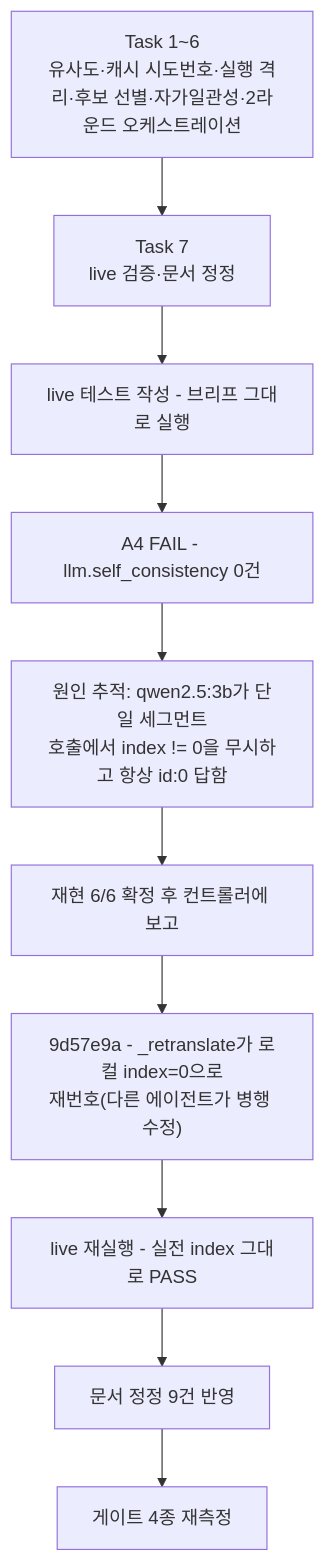
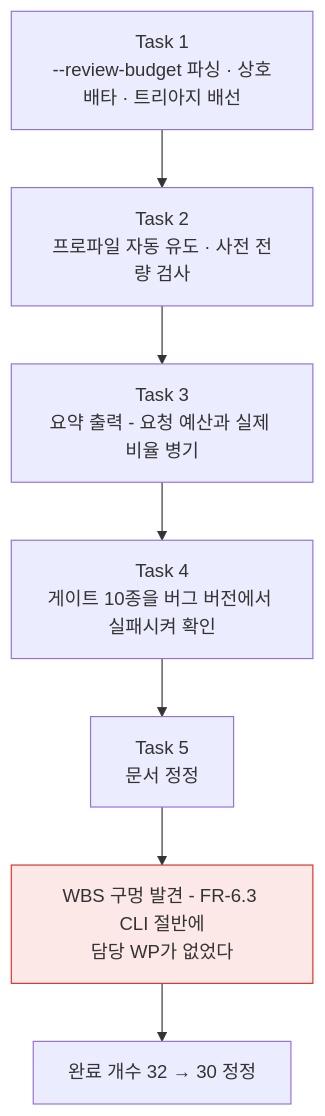
One commit to withwooyong/cuesift changed the diagram in HANDOFF.md. Above: the diagram before and after it, drawn with Mermaid. The commit also changed other lines of this file and 11 other files, not shown here.

First line of the commit message:
기능: FR-6.3 트리아지 CLI 배선 — translate 에 검수 큐 선별을 붙인다 (#8)

````diff
--- a/HANDOFF.md
+++ b/HANDOFF.md
@@ -28,12 +26,10 @@
 ```mermaid
 flowchart TD
-    A["Task 1~6<br/>유사도·캐시 시도번호·실행 격리·후보 선별·자가일관성·2라운드 오케스트레이션"] --> B["Task 7<br/>live 검증·문서 정정"]
-    B --> C["live 테스트 작성 - 브리프 그대로 실행"]
-    C --> D["A4 FAIL - llm.self_consistency 0건"]
-    D --> E["원인 추적: qwen2.5:3b가 단일 세그먼트<br/>호출에서 index != 0을 무시하고 항상 id:0 답함"]
-    E --> F["재현 6/6 확정 후 컨트롤러에 보고"]
-    F --> G["9d57e9a - _retranslate가 로컬 index=0으로<br/>재번호(다른 에이전트가 병행 수정)"]
-    G --> H["live 재실행 - 실전 index 그대로 PASS"]
-    H --> I["문서 정정 9건 반영"]
-    I --> J["게이트 4종 재측정"]
+    A["Task 1<br/>--review-budget 파싱 · 상호배타 · 트리아지 배선"] --> B["Task 2<br/>프로파일 자동 유도 · 사전 전량 검사"]
+    B --> C["Task 3<br/>요약 출력 - 요청 예산과 실제 비율 병기"]
+    C --> D["Task 4<br/>게이트 10종을 버그 버전에서 실패시켜 확인"]
+    D --> E["Task 5<br/>문서 정정"]
+    E --> F["WBS 구멍 발견 - FR-6.3 CLI 절반에<br/>담당 WP가 없었다"]
+    F --> G["완료 개수 32 → 30 정정"]
+    style F fill:#fce8e6,stroke:#d93025
 ```
````
